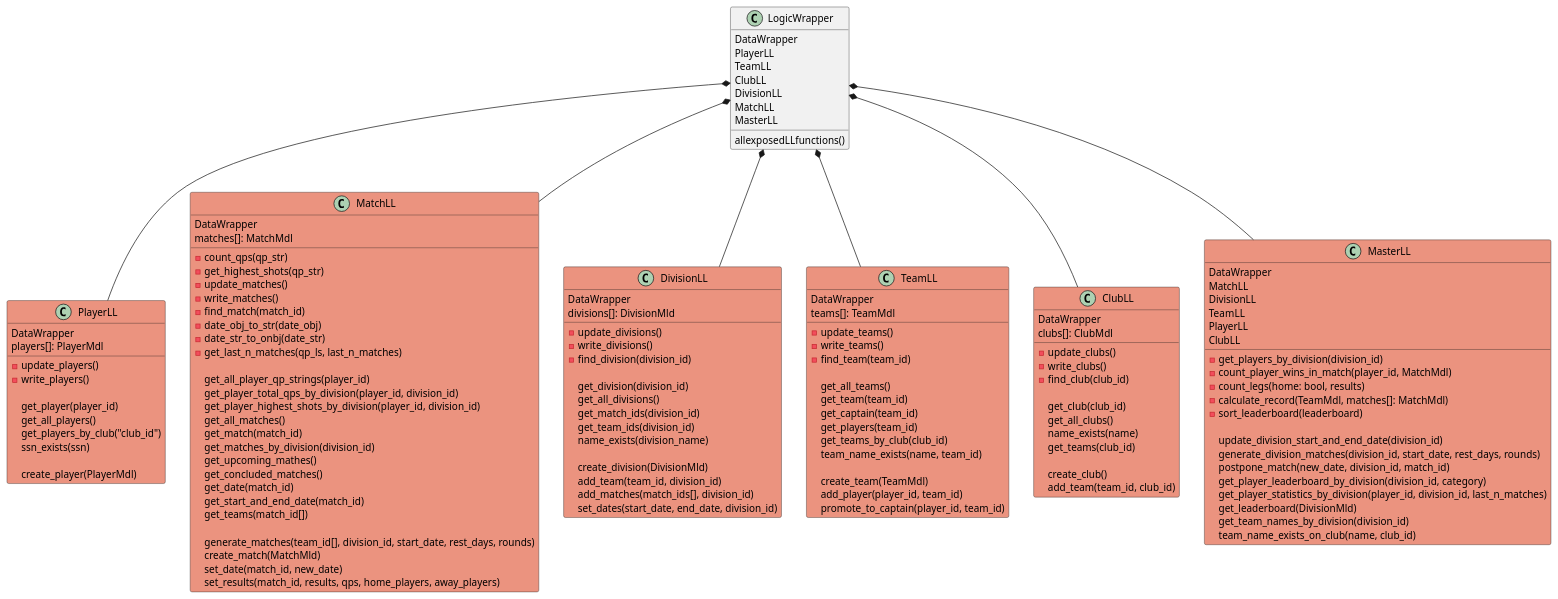
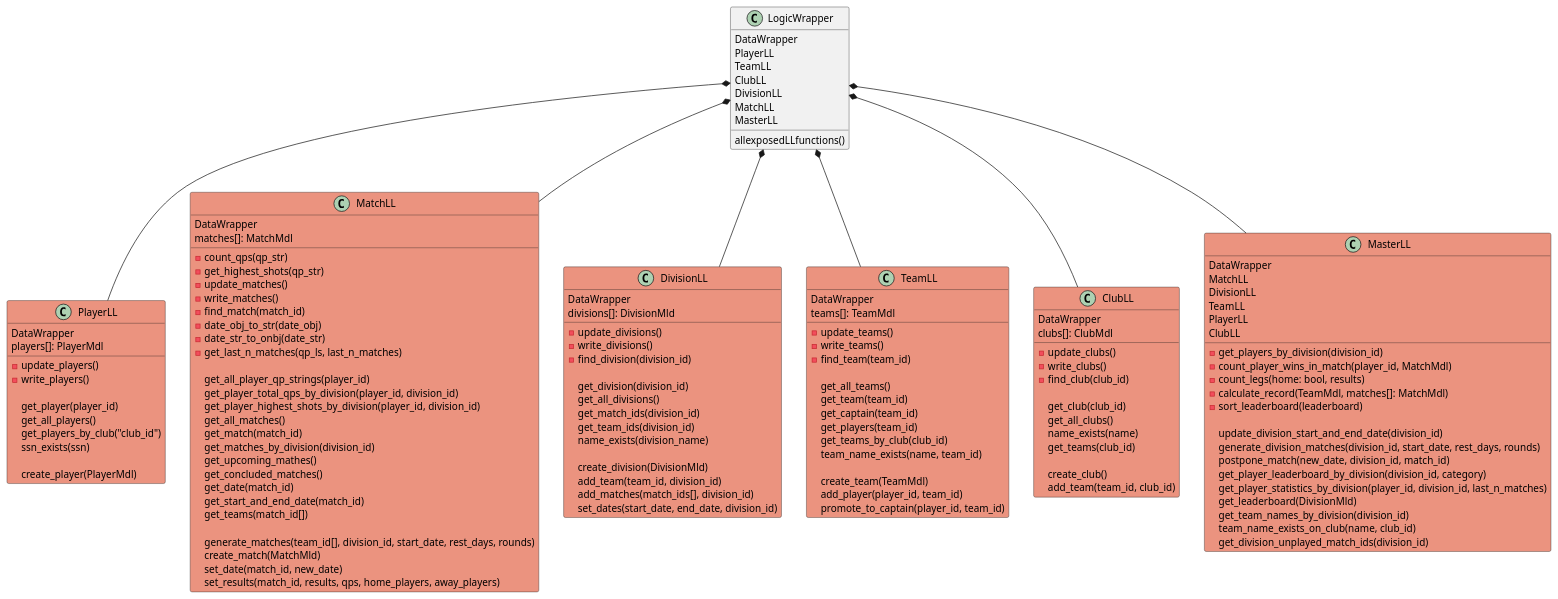
Before and after one commit to StankWizardLizard/VNL1-2022-HOPUR-28: the diagram in Honnun/ClassDiagram/logic_layer.puml, drawn with PlantUML. The commit also changed 4 other files, not shown here.

```diff
--- a/Honnun/ClassDiagram/logic_layer.puml
+++ b/Honnun/ClassDiagram/logic_layer.puml
@@ -1,145 +1,146 @@
 @startuml !local
 class PlayerLL #EB937F{
     DataWrapper
     players[]: PlayerMdl
 
     -update_players()
     -write_players()
 
     get_player(player_id)
     get_all_players()
     get_players_by_club("club_id")
     ssn_exists(ssn)
 
     create_player(PlayerMdl)
 }
 
 class MatchLL #EB937F{
     DataWrapper
     matches[]: MatchMdl
 
     -count_qps(qp_str)
     -get_highest_shots(qp_str)
     -update_matches()
     -write_matches()
     -find_match(match_id)
     -date_obj_to_str(date_obj)
     -date_str_to_onbj(date_str)
     -get_last_n_matches(qp_ls, last_n_matches)
     
     get_all_player_qp_strings(player_id)
     get_player_total_qps_by_division(player_id, division_id)
     get_player_highest_shots_by_division(player_id, division_id)
     get_all_matches()
     get_match(match_id)
     get_matches_by_division(division_id)
     get_upcoming_mathes()
     get_concluded_matches()
     get_date(match_id)
     get_start_and_end_date(match_id)
     get_teams(match_id[])
 
     generate_matches(team_id[], division_id, start_date, rest_days, rounds)
     create_match(MatchMld)
     set_date(match_id, new_date)
     set_results(match_id, results, qps, home_players, away_players)
 }
 
 class DivisionLL #EB937F {
     DataWrapper
     divisions[]: DivisionMld
     
     -update_divisions()
     -write_divisions()
     -find_division(division_id)
 
     get_division(division_id)
     get_all_divisions()
     get_match_ids(division_id)
     get_team_ids(division_id)
     name_exists(division_name)
 
     create_division(DivisionMld)
     add_team(team_id, division_id)
     add_matches(match_ids[], division_id)
     set_dates(start_date, end_date, division_id)
 }
 
 class TeamLL #EB937F{
     DataWrapper
     teams[]: TeamMdl
 
     -update_teams()
     -write_teams()
     -find_team(team_id)
 
     get_all_teams()
     get_team(team_id)
     get_captain(team_id)
     get_players(team_id)
     get_teams_by_club(club_id)
     team_name_exists(name, team_id)
 
     create_team(TeamMdl)
     add_player(player_id, team_id)
     promote_to_captain(player_id, team_id)
 }
 
 class ClubLL #EB937F {
     DataWrapper
     clubs[]: ClubMdl
 
     -update_clubs()
     -write_clubs()
     -find_club(club_id)
 
     get_club(club_id)
     get_all_clubs()
     name_exists(name)
     get_teams(club_id)
 
     create_club()
     add_team(team_id, club_id)
 }
 class MasterLL #EB937F {
     DataWrapper
     MatchLL
     DivisionLL
     TeamLL
     PlayerLL
     ClubLL
 
     -get_players_by_division(division_id)
     -count_player_wins_in_match(player_id, MatchMdl)
     -count_legs(home: bool, results)
     -calculate_record(TeamMdl, matches[]: MatchMdl)
     -sort_leaderboard(leaderboard)
 
     update_division_start_and_end_date(division_id)
     generate_division_matches(division_id, start_date, rest_days, rounds)
     postpone_match(new_date, division_id, match_id)
     get_player_leaderboard_by_division(division_id, category)
     get_player_statistics_by_division(player_id, division_id, last_n_matches)
     get_leaderboard(DivisionMld)
     get_team_names_by_division(division_id)
     team_name_exists_on_club(name, club_id)
+    get_division_unplayed_match_ids(division_id)
 }
 class LogicWrapper{
     DataWrapper
     PlayerLL
     TeamLL
     ClubLL
     DivisionLL
     MatchLL
     MasterLL
     allexposedLLfunctions()
 }
 
 LogicWrapper *-- TeamLL
 LogicWrapper *-- PlayerLL
 LogicWrapper *-- ClubLL
 LogicWrapper *-- DivisionLL
 LogicWrapper *-- MatchLL
 LogicWrapper *-- MasterLL
 
 @enduml
```
